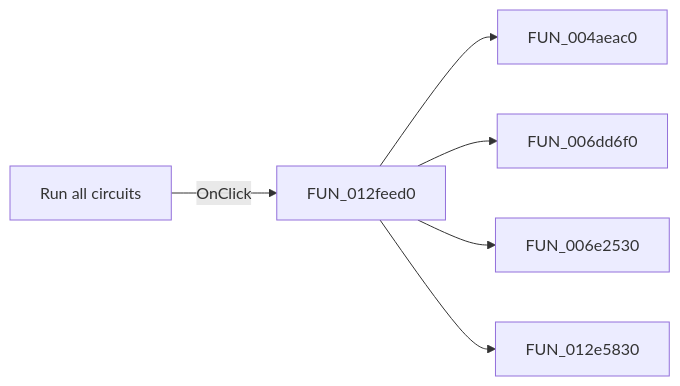
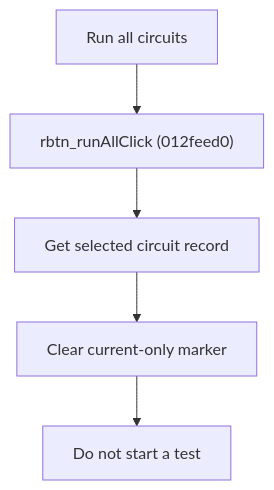
One commit to MovGP0/TIARA changed the diagram in docs/ui-controls/frmmodeltestbencheditor/rbtn-runall-40fc4b8f0e.md. Above: the diagram before and after it, drawn with Mermaid. The commit also changed other lines of this file and 387 other files, not shown here.

````diff
--- a/docs/ui-controls/frmmodeltestbencheditor/rbtn-runall-40fc4b8f0e.md
+++ b/docs/ui-controls/frmmodeltestbencheditor/rbtn-runall-40fc4b8f0e.md
@@ -27,8 +29,7 @@
 ```mermaid
-flowchart LR
-    control["Run all circuits"] -->|OnClick| handler["FUN_012feed0"]
-    handler --> call1["FUN_004aeac0"]
-    handler --> call2["FUN_006dd6f0"]
-    handler --> call3["FUN_006e2530"]
-    handler --> call4["FUN_012e5830"]
+flowchart TD
+    control["Run all circuits"] --> handler["rbtn_runAllClick (012feed0)"]
+    handler --> record["Get selected circuit record"]
+    record --> clear["Clear current-only marker"]
+    clear --> done["Do not start a test"]
 ```
````
